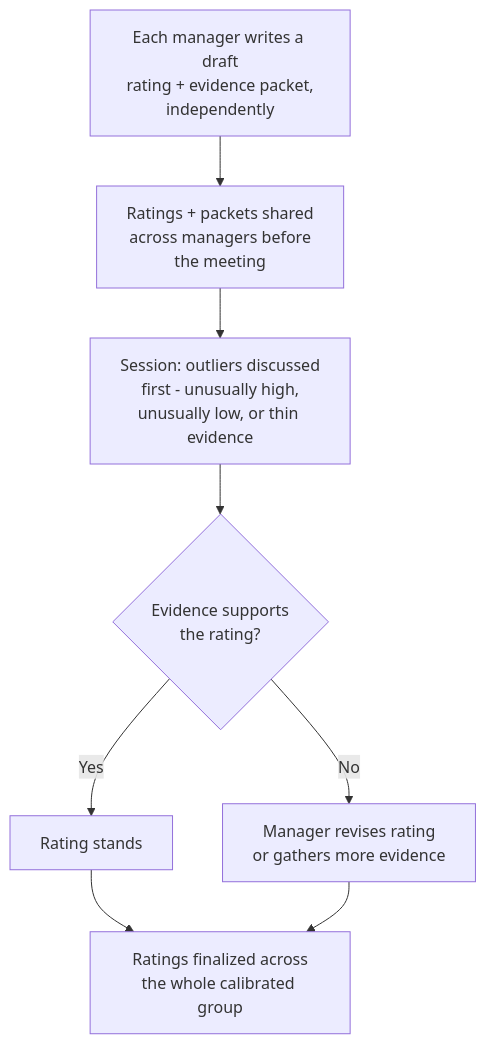
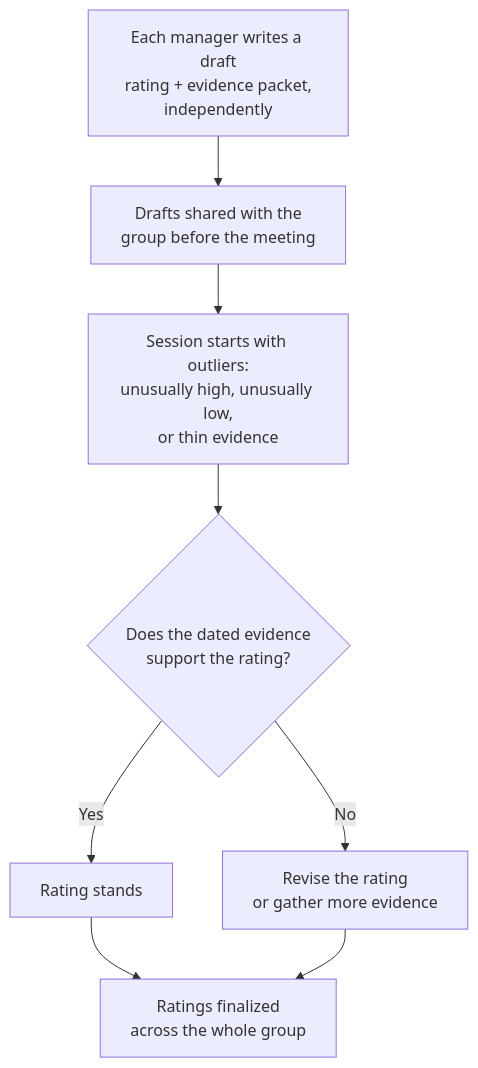
One commit to francoandreDev/knowledge changed the diagram in src/content/people-management/calibration/L2-concept.mdx. Above: the diagram before and after it, drawn with Mermaid. The commit also changed other lines of this file and 36 other files, not shown here.

````diff
--- a/src/content/people-management/calibration/L2-concept.mdx
+++ b/src/content/people-management/calibration/L2-concept.mdx
@@ -44,10 +50,10 @@
 ```mermaid
 flowchart TD
-    A["Each manager writes a draft\nrating + evidence packet,\nindependently"] --> B["Ratings + packets shared\nacross managers before\nthe meeting"]
-    B --> C["Session: outliers discussed\nfirst - unusually high,\nunusually low, or thin evidence"]
-    C --> D{"Evidence supports\nthe rating?"}
+    A["Each manager writes a draft<br/>rating + evidence packet,<br/>independently"] --> B["Drafts shared with the<br/>group before the meeting"]
+    B --> C["Session starts with outliers:<br/>unusually high, unusually low,<br/>or thin evidence"]
+    C --> D{"Does the dated evidence<br/>support the rating?"}
     D -->|Yes| E["Rating stands"]
-    D -->|No| F["Manager revises rating\nor gathers more evidence"]
-    E --> G["Ratings finalized across\nthe whole calibrated group"]
+    D -->|No| F["Revise the rating<br/>or gather more evidence"]
+    E --> G["Ratings finalized<br/>across the whole group"]
     F --> G
 ```
````
